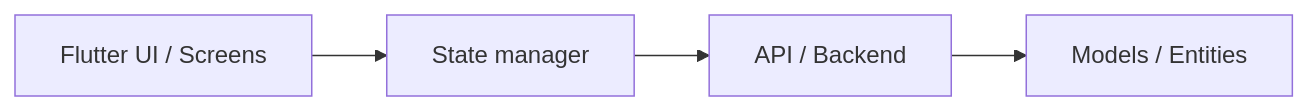
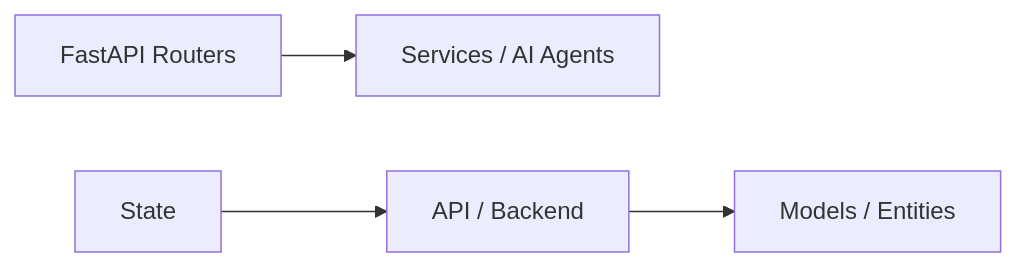
One commit to Agent-Rules-Ecosystem/python-agent-rules changed the diagram in templates/architecture.md. Above: the diagram before and after it, drawn with Mermaid. The commit also changed 7 other files, not shown here.

````diff
--- a/templates/architecture.md
+++ b/templates/architecture.md
@@ -5,6 +5,6 @@
 ```mermaid
 graph LR
-    UI[Flutter UI / Screens] --> State[State manager]
+    API[FastAPI Routers] --> Core[Services / AI Agents]
     State --> Service[API / Backend]
     Service --> Model[Models / Entities]
 ```
````
